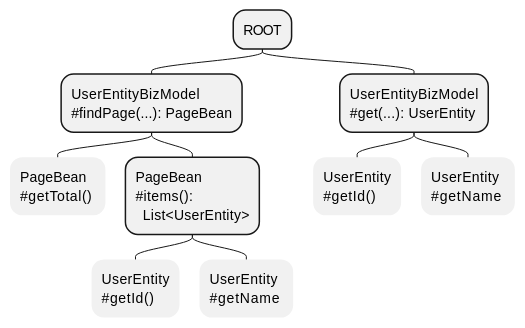
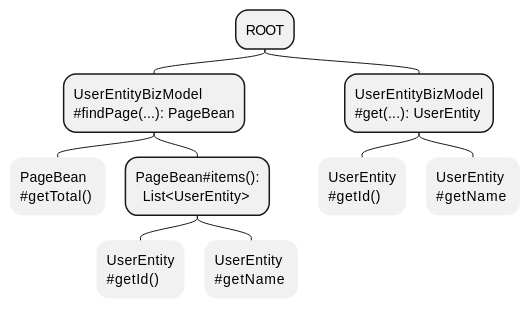
One commit to crazydan-studio/nop.crazydan.io changed the sixth of 7 diagrams in docs/400.implement/400.component/100.graphql.md. Above: the diagram before and after it, drawn with PlantUML. The commit also changed other lines of this file, not shown here.

````diff
--- a/docs/400.implement/400.component/100.graphql.md
+++ b/docs/400.implement/400.component/100.graphql.md
@@ -570,23 +570,23 @@
 ```plantuml
 @startmindmap
 top to bottom direction
 
 <style>
 mindmapDiagram {
   .scalar {
     LineThickness 0
   }
 }
 </style>
 
 * ROOT
 ** UserEntityBizModel\n~#findPage(...): PageBean
 *** PageBean\n~#getTotal() <<scalar>>
-*** PageBean\n~#items():\n  List<UserEntity>
+*** PageBean~#items():\n  List<UserEntity>
 **** UserEntity\n~#getId() <<scalar>>
 **** UserEntity\n~#getName <<scalar>>
 ** UserEntityBizModel\n~#get(...): UserEntity
 *** UserEntity\n~#getId() <<scalar>>
 *** UserEntity\n~#getName <<scalar>>
 @endmindmap
 ```
````
